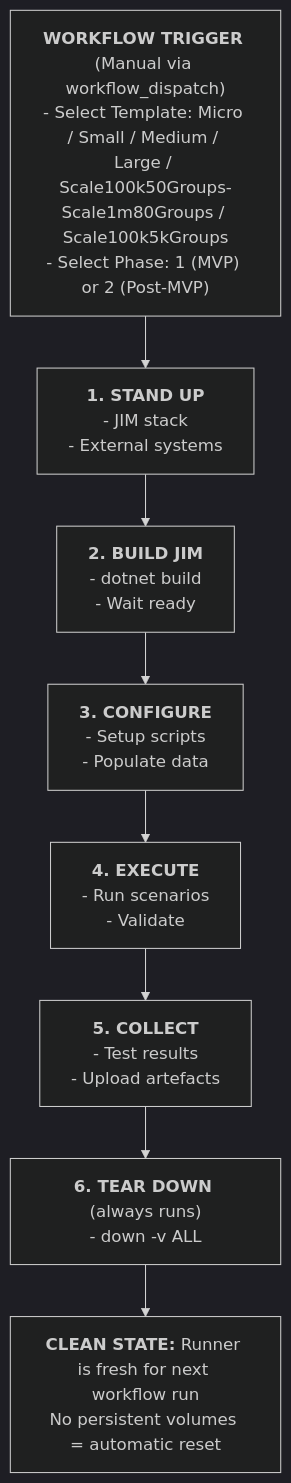
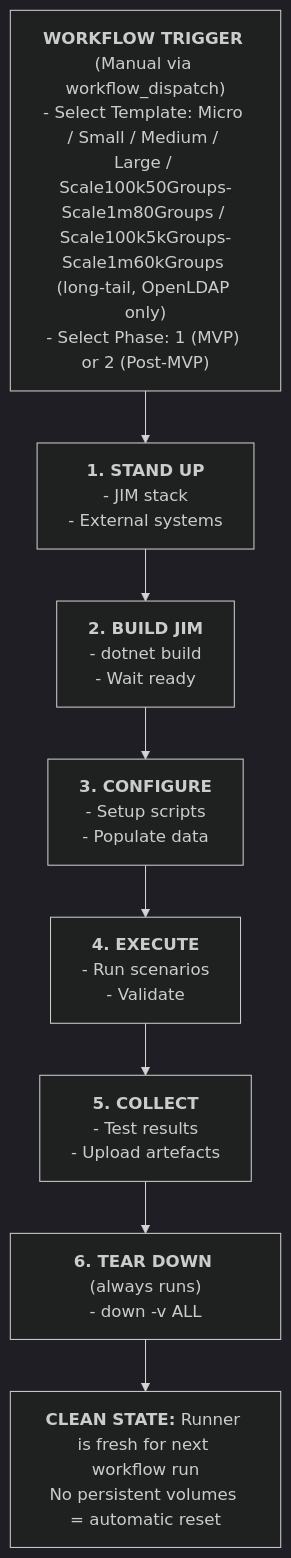
One commit to TetronIO/JIM changed the second of 4 diagrams in engineering/INTEGRATION_TESTING.md. Above: the diagram before and after it, drawn with Mermaid (dark theme). The commit also changed other lines of this file and 26 other files, not shown here.

First line of the commit message:
test: add higher-tier long-tail scale templates (200k/500k/750k/1m) (#744)

````diff
--- a/engineering/INTEGRATION_TESTING.md
+++ b/engineering/INTEGRATION_TESTING.md
@@ -232,12 +241,12 @@
 ```mermaid
 flowchart TD
-    T["<b>WORKFLOW TRIGGER</b> (Manual via workflow_dispatch)<br/>- Select Template: Micro / Small / Medium / Large / Scale100k50Groups-Scale1m80Groups / Scale100k5kGroups<br/>- Select Phase: 1 (MVP) or 2 (Post-MVP)"]
+    T["<b>WORKFLOW TRIGGER</b> (Manual via workflow_dispatch)<br/>- Select Template: Micro / Small / Medium / Large / Scale100k50Groups-Scale1m80Groups / Scale100k5kGroups-Scale1m60kGroups (long-tail, OpenLDAP only)<br/>- Select Phase: 1 (MVP) or 2 (Post-MVP)"]
     S1["<b>1. STAND UP</b><br/>- JIM stack<br/>- External systems"]
     S2["<b>2. BUILD JIM</b><br/>- dotnet build<br/>- Wait ready"]
     S3["<b>3. CONFIGURE</b><br/>- Setup scripts<br/>- Populate data"]
     S4["<b>4. EXECUTE</b><br/>- Run scenarios<br/>- Validate"]
     S5["<b>5. COLLECT</b><br/>- Test results<br/>- Upload artefacts"]
     S6["<b>6. TEAR DOWN</b> (always runs)<br/>- down -v ALL"]
     C["<b>CLEAN STATE:</b> Runner is fresh for next workflow run<br/>No persistent volumes = automatic reset"]
     T --> S1 --> S2 --> S3 --> S4 --> S5 --> S6 --> C
 ```
````
